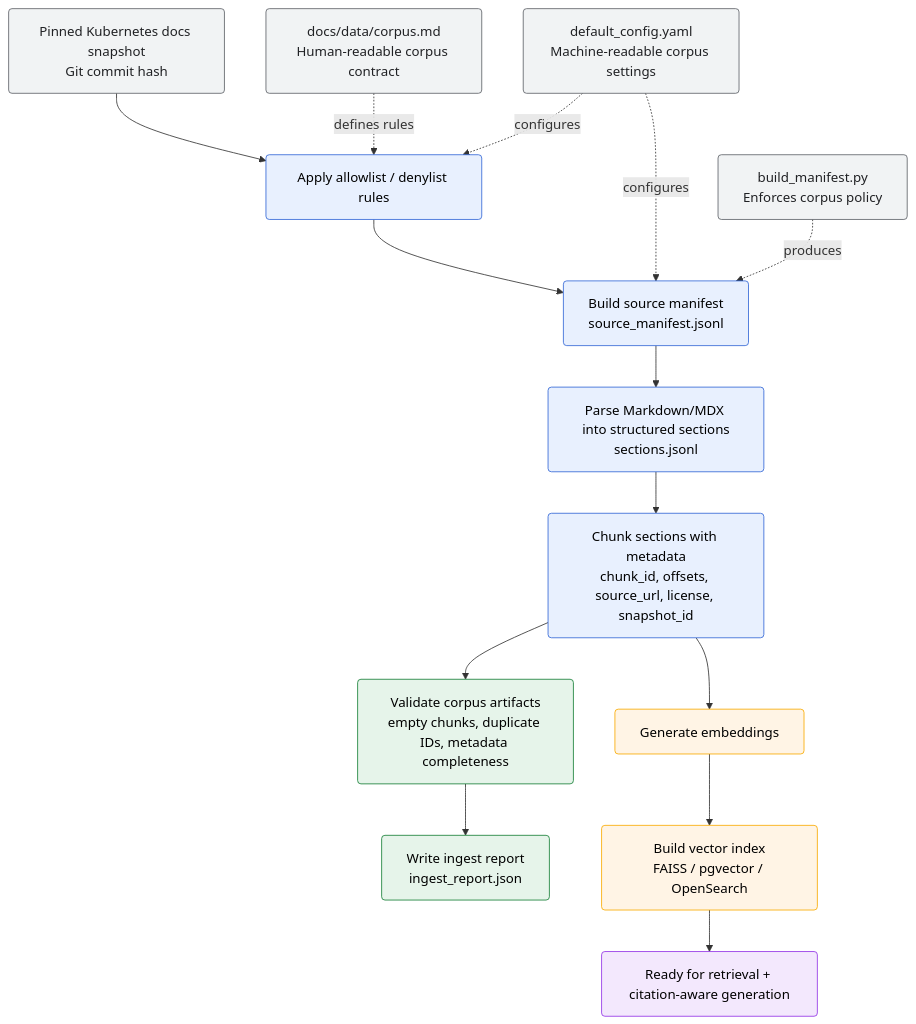
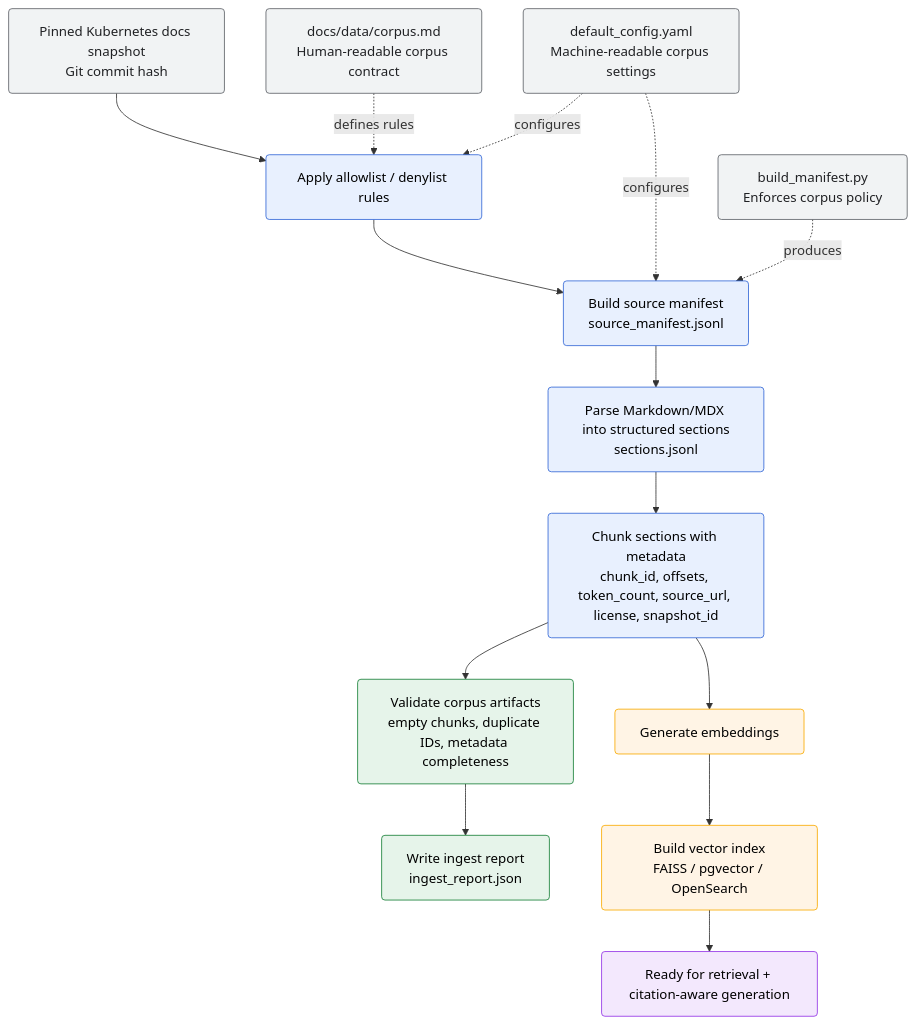
The diagram in docs/diagrams/ingestion_pipeline.md (pylabview/supportdoc-rag-chatbot), drawn with Mermaid before and after one commit. The commit also changed 6 other files, not shown here.

````diff
--- a/docs/diagrams/ingestion_pipeline.md
+++ b/docs/diagrams/ingestion_pipeline.md
@@ -5,34 +5,34 @@
 ```mermaid
 flowchart TD
     %% Define style classes
     classDef input fill:#f1f3f4,stroke:#5f6368,stroke-width:1px,color:#202124,rx:4,ry:4;
     classDef process fill:#e8f0fe,stroke:#3367d6,stroke-width:1px,color:#000,rx:4,ry:4;
     classDef validate fill:#e6f4ea,stroke:#188038,stroke-width:1px,color:#000,rx:4,ry:4;
     classDef embed fill:#fff4e5,stroke:#f9ab00,stroke-width:1px,color:#000,rx:4,ry:4;
     classDef output fill:#f3e8fd,stroke:#9334e6,stroke-width:1px,color:#000,rx:4,ry:4;
 
     %% Flow
     A[Pinned Kubernetes docs snapshot<br/>Git commit hash] --> B[Apply allowlist / denylist rules]
     B --> C[Build source manifest<br/>source_manifest.jsonl]
     C --> D[Parse Markdown/MDX into structured sections<br/>sections.jsonl]
-    D --> E[Chunk sections with metadata<br/>chunk_id, offsets, source_url, license, snapshot_id]
+    D --> E[Chunk sections with metadata<br/>chunk_id, offsets, token_count, source_url, license, snapshot_id]
     E --> F[Validate corpus artifacts<br/>empty chunks, duplicate IDs, metadata completeness]
     F --> G[Write ingest report<br/>ingest_report.json]
     E --> H[Generate embeddings]
     H --> I[Build vector index<br/>FAISS / pgvector / OpenSearch]
     I --> J[Ready for retrieval + citation-aware generation]
 
     %% References / configs
     K[docs/data/corpus.md<br/>Human-readable corpus contract] -. defines rules .-> B
     L[default_config.yaml<br/>Machine-readable corpus settings] -. configures .-> B
     L -. configures .-> C
     M[build_manifest.py<br/>Enforces corpus policy] -. produces .-> C
 
     %% Apply class styling
     class A input;
     class B,C,D,E process;
     class F,G validate;
     class H,I embed;
     class J output;
     class K,L,M input;
 ```
````
